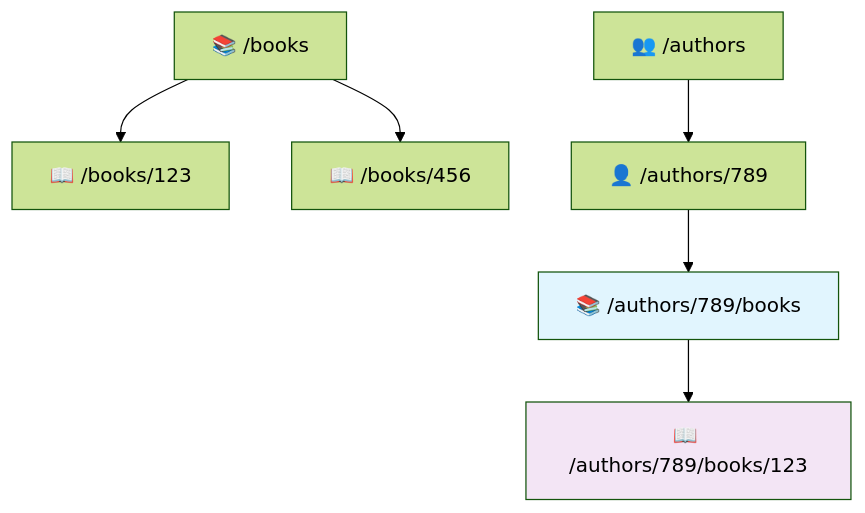
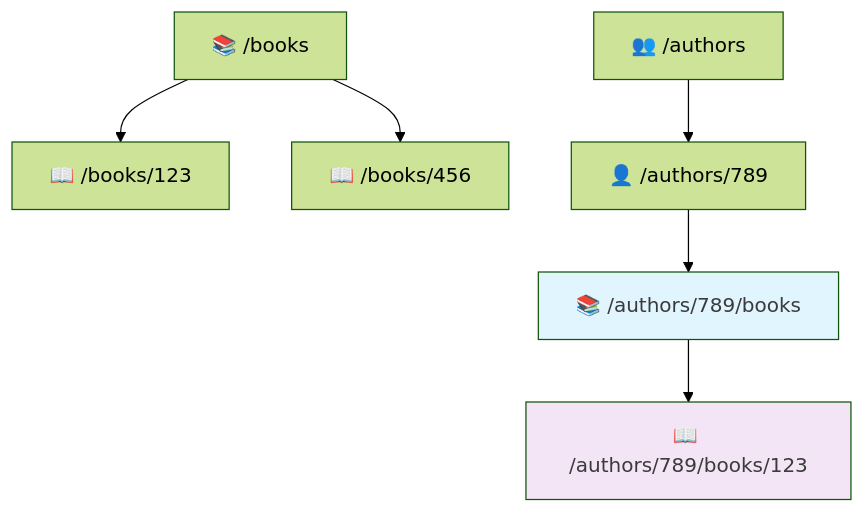
Before and after one commit to ridwanspace/restful-fastapi-guideline: diagram 15 of 16 in app/docs/02_foundation/01-introduction/page.mdx, drawn with Mermaid (forest theme). The commit also changed 8 other files, not shown here.

First line of the commit message:
📝 docs(docs): enhance graph diagrams in foundation docs

````diff
--- a/app/docs/02_foundation/01-introduction/page.mdx
+++ b/app/docs/02_foundation/01-introduction/page.mdx
@@ -495,12 +495,12 @@
 ```mermaid
 graph TD
     A[📚 /books] --> B[📖 /books/123]
     A --> C[📖 /books/456]
     
     D[👥 /authors] --> E[👤 /authors/789]
     E --> F[📚 /authors/789/books]
     F --> G[📖 /authors/789/books/123]
     
-    style F fill:#e1f5fe
-    style G fill:#f3e5f5
+    style F fill:#e1f5fe,color:#3b3b3b
+    style G fill:#f3e5f5,color:#3b3b3b
 ```
````
